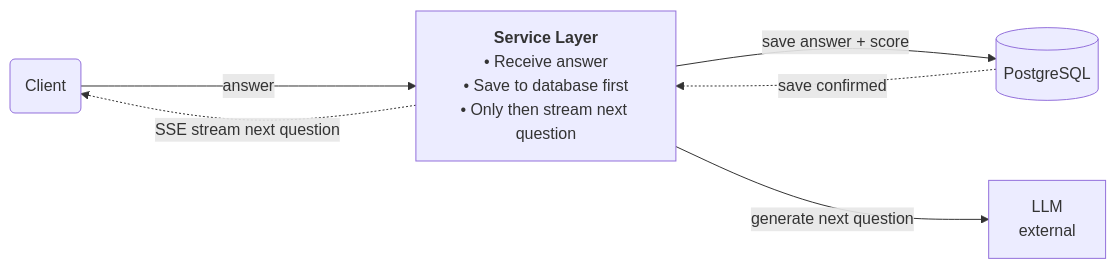
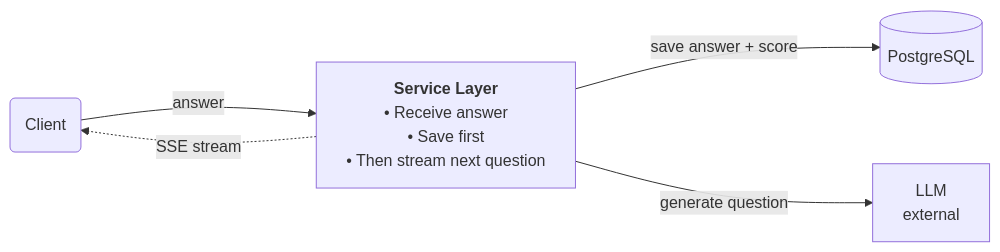
One commit to shivam-tamboli/GrillMyProject changed the sixth of 6 diagrams in SYSTEM_DESIGN.md. Above: the diagram before and after it, drawn with Mermaid.

Commit message:
fix deep dive 2 diagram — remove overlapping arrows

````diff
--- a/SYSTEM_DESIGN.md
+++ b/SYSTEM_DESIGN.md
@@ -574,14 +574,13 @@
 ```mermaid
 %%{init: {'flowchart': {'nodeSpacing': 80, 'rankSpacing': 150}}}%%
 flowchart LR
     Client(Client)
-    SVC["<b>Service Layer</b><br/>• Receive answer<br/>• Save to database first<br/>• Only then stream next question"]
+    SVC["<b>Service Layer</b><br/>• Receive answer<br/>• Save first<br/>• Then stream next question"]
     PG[(PostgreSQL)]
     LLM["LLM<br/>external"]
 
     Client -->|answer| SVC
     SVC -->|save answer + score| PG
-    PG -.->|save confirmed| SVC
-    SVC -->|generate next question| LLM
-    SVC -.->|SSE stream next question| Client
+    SVC -->|generate question| LLM
+    SVC -.->|SSE stream| Client
 ```
````
